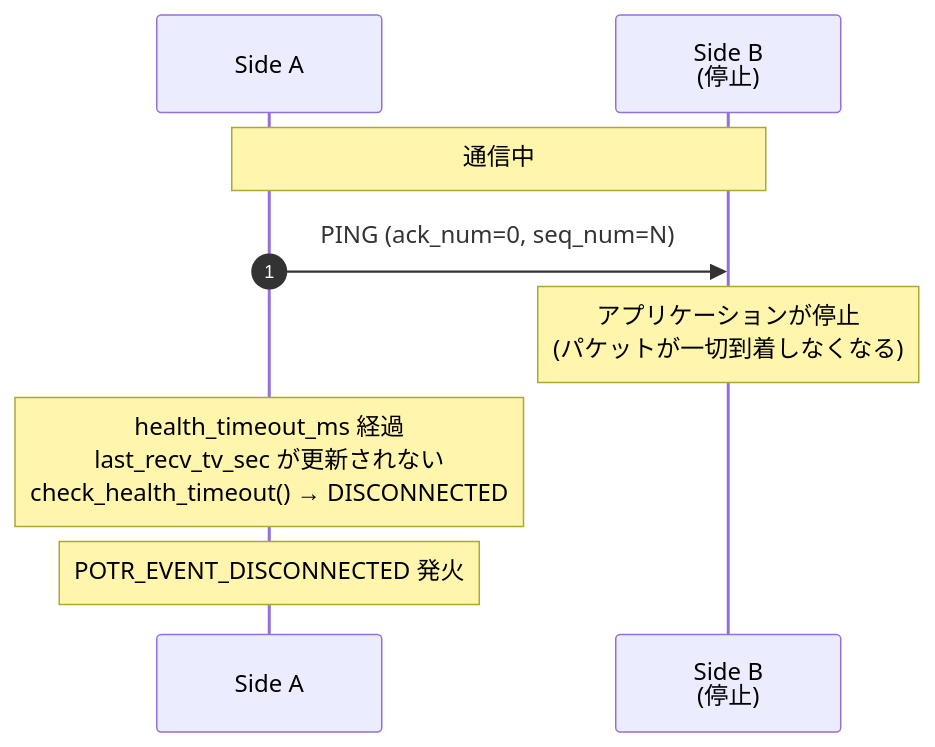
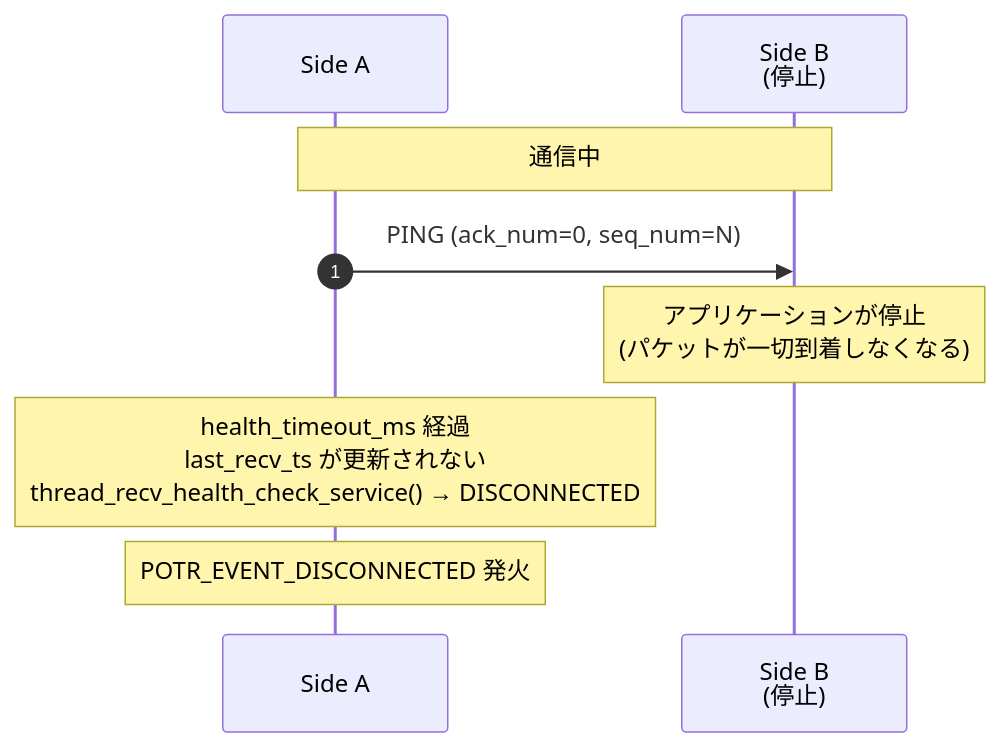
One commit to Hondarer/app_porter changed the fourth of 4 diagrams in docs/sequence-bidir.md. Above: the diagram before and after it, drawn with Mermaid. The commit also changed other lines of this file and 58 other files, not shown here.

````diff
--- a/docs/sequence-bidir.md
+++ b/docs/sequence-bidir.md
@@ -125,13 +125,13 @@
 ```mermaid
 sequenceDiagram
     autonumber
     participant A as Side A
     participant B as Side B<br>(停止)
 
     Note over A,B: 通信中
 
     A->>B: PING (ack_num=0, seq_num=N)
     Note over B: アプリケーションが停止<br>(パケットが一切到着しなくなる)
-    Note over A: health_timeout_ms 経過<br>last_recv_tv_sec が更新されない<br>check_health_timeout() → DISCONNECTED
+    Note over A: health_timeout_ms 経過<br>last_recv_ts が更新されない<br>thread_recv_health_check_service() → DISCONNECTED
     Note over A: POTR_EVENT_DISCONNECTED 発火
 ```
````
